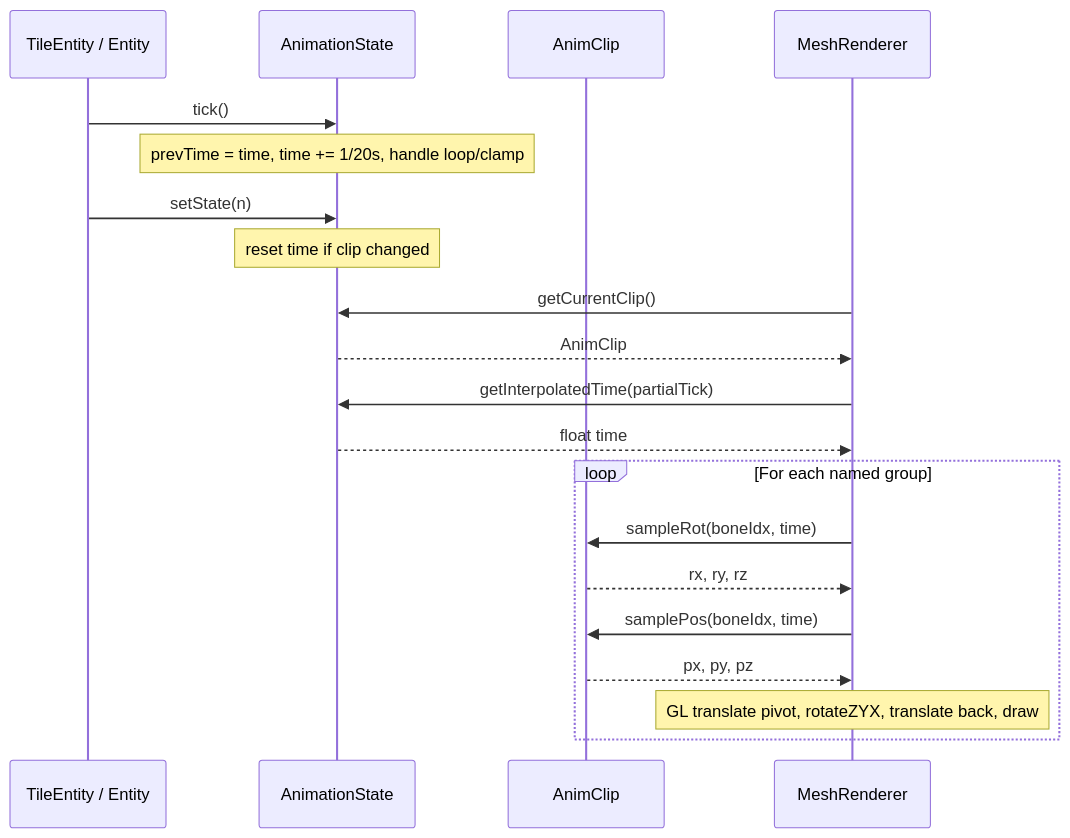
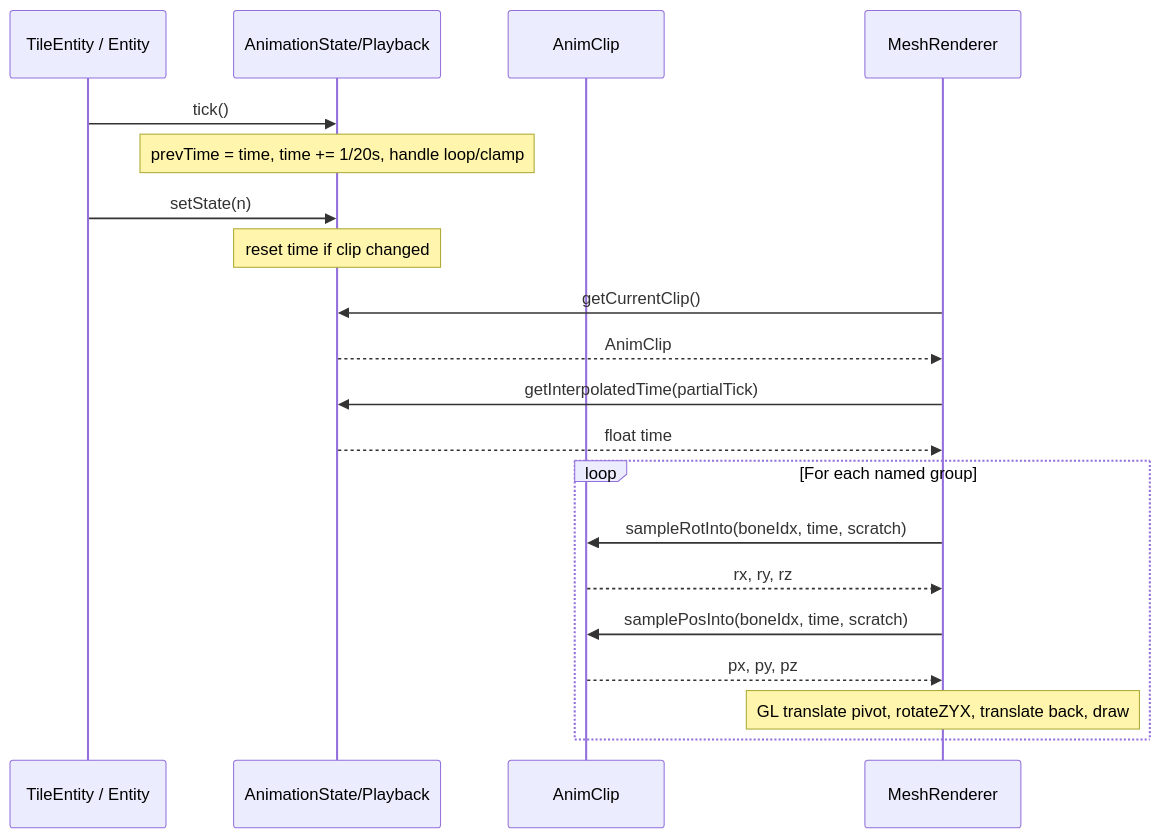
Before and after one commit to lucasrgt/aero-model-lib: the third of 7 diagrams in DOC.md, drawn with Mermaid. The commit also changed other lines of this file and 25 other files, not shown here.

Commit message:
feat: harden modellib architecture and benchmarks

````diff
--- a/DOC.md
+++ b/DOC.md
@@ -178,27 +183,27 @@
 ```mermaid
 sequenceDiagram
     participant TE as TileEntity / Entity
-    participant AS as AnimationState
+    participant AS as AnimationState/Playback
     participant CL as AnimClip
     participant MR as MeshRenderer
 
     TE->>AS: tick()
     Note over AS: prevTime = time, time += 1/20s, handle loop/clamp
 
     TE->>AS: setState(n)
     Note over AS: reset time if clip changed
 
     MR->>AS: getCurrentClip()
     AS-->>MR: AnimClip
 
     MR->>AS: getInterpolatedTime(partialTick)
     AS-->>MR: float time
 
     loop For each named group
-        MR->>CL: sampleRot(boneIdx, time)
+        MR->>CL: sampleRotInto(boneIdx, time, scratch)
         CL-->>MR: rx, ry, rz
-        MR->>CL: samplePos(boneIdx, time)
+        MR->>CL: samplePosInto(boneIdx, time, scratch)
         CL-->>MR: px, py, pz
         Note over MR: GL translate pivot, rotateZYX, translate back, draw
     end
 ```
````
